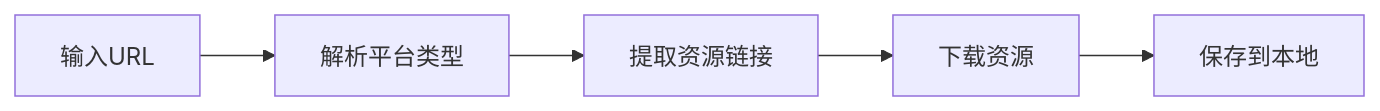
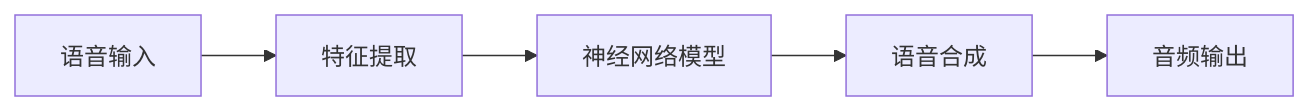
Before and after one commit to wayyoungboy/github-trending-reporter: the fourth of 7 diagrams in reports/2026/01/2026-01-25.md, drawn with Mermaid. The commit also changed other lines of this file and 1 other file, not shown here.

````diff
--- a/reports/2026/01/2026-01-25.md
+++ b/reports/2026/01/2026-01-25.md
@@ -370,7 +213,7 @@
 ```mermaid
 graph LR
-    A[输入URL] --> B[解析平台类型]
-    B --> C[提取资源链接]
-    C --> D[下载资源]
-    D --> E[保存到本地]
+    A[语音输入] --> B[特征提取]
+    B --> C[神经网络模型]
+    C --> D[语音合成]
+    D --> E[音频输出]
 ```
````
